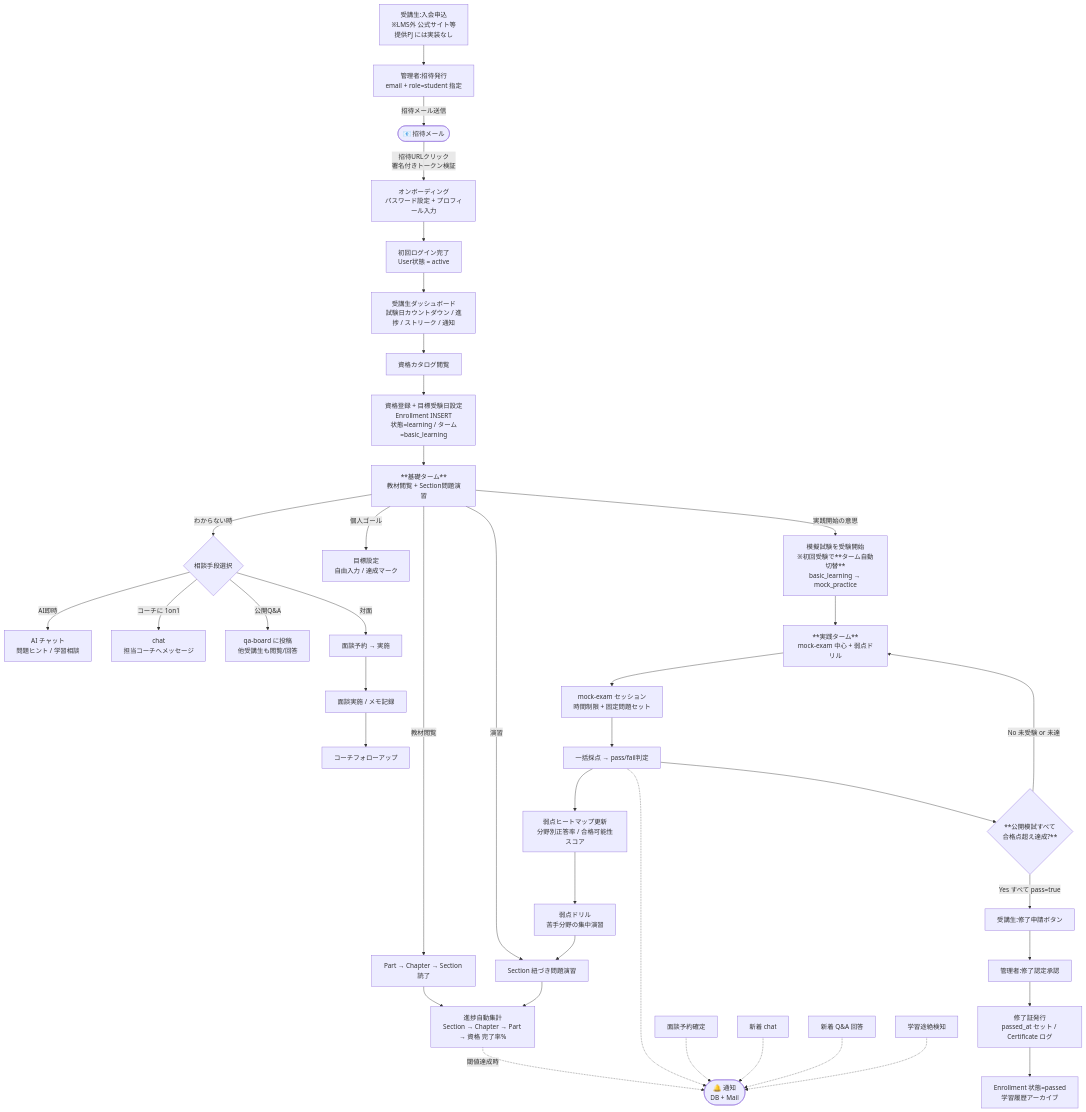
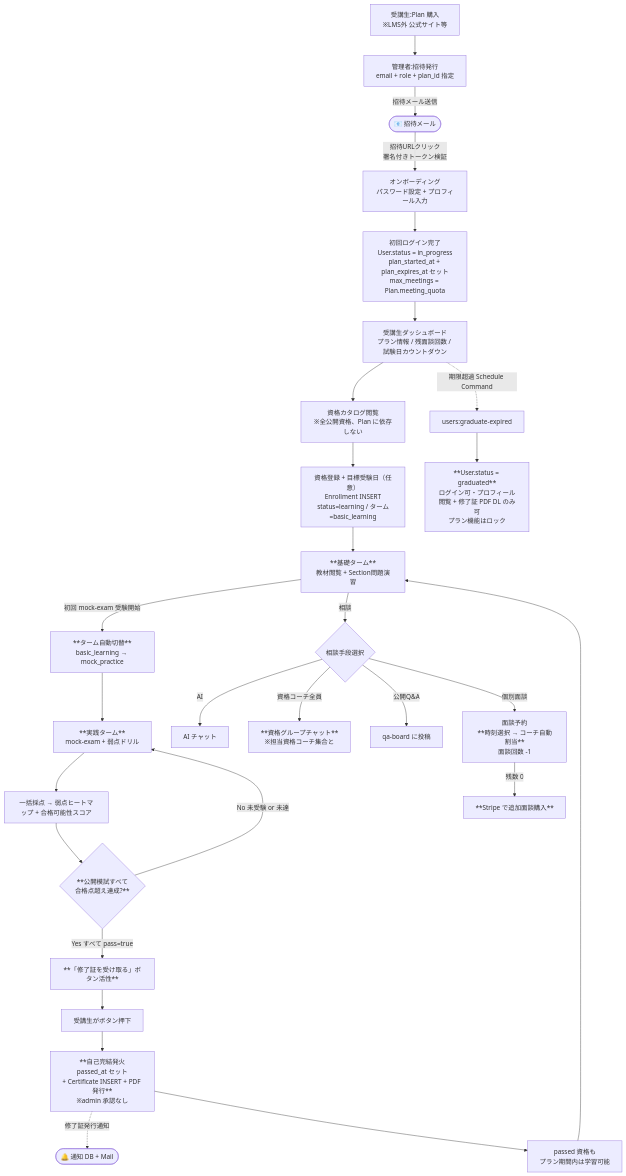
The first of 9 diagrams in docs/steering/product.md (coachtech-mockcase-second/ExampleAnswer-mockcase-CertifyLMS), drawn with Mermaid before and after one commit. The commit also changed other lines of this file and 67 other files, not shown here.

````diff
--- a/docs/steering/product.md
+++ b/docs/steering/product.md
@@ -106,50 +163,35 @@
 ```mermaid
 flowchart TD
-    Apply[受講生:入会申込<br/>※LMS外 公式サイト等<br/>提供PJ には実装なし] --> AdminInvite[管理者:招待発行<br/>email + role=student 指定]
+    Purchase[受講生:Plan 購入<br/>※LMS外 公式サイト等] --> AdminInvite[管理者:招待発行<br/>email + role + plan_id 指定]
     AdminInvite -->|招待メール送信| Mail([📧 招待メール])
     Mail -->|招待URLクリック<br/>署名付きトークン検証| Onboarding[オンボーディング<br/>パスワード設定 + プロフィール入力]
-    Onboarding --> FirstLogin[初回ログイン完了<br/>User状態 = active]
-    FirstLogin --> StudentDash[受講生ダッシュボード<br/>試験日カウントダウン / 進捗 / ストリーク / 通知]
+    Onboarding --> FirstLogin[初回ログイン完了<br/>User.status = in_progress<br/>plan_started_at + plan_expires_at セット<br/>max_meetings = Plan.meeting_quota]
+    FirstLogin --> StudentDash[受講生ダッシュボード<br/>プラン情報 / 残面談回数 / 試験日カウントダウン]
 
-    StudentDash --> Browse[資格カタログ閲覧]
-    Browse --> EnrollAct[資格登録 + 目標受験日設定<br/>Enrollment INSERT<br/>状態=learning / ターム=basic_learning]
+    StudentDash --> Browse[資格カタログ閲覧<br/>※全公開資格、Plan に依存しない]
+    Browse --> EnrollAct[資格登録 + 目標受験日（任意）<br/>Enrollment INSERT<br/>status=learning / ターム=basic_learning]
     EnrollAct --> BasicTerm[**基礎ターム**<br/>教材閲覧 + Section問題演習]
 
-    BasicTerm -->|教材閲覧| Read[Part → Chapter → Section 読了]
-    BasicTerm -->|演習| Quiz[Section 紐づき問題演習]
-    BasicTerm -->|わからない時| Ask{相談手段選択}
-    BasicTerm -->|個人ゴール| Goal[目標設定<br/>自由入力 / 達成マーク]
+    BasicTerm -->|初回 mock-exam 受験開始| MockEntry[**ターム自動切替**<br/>basic_learning → mock_practice]
+    MockEntry --> PracticeTerm[**実践ターム**<br/>mock-exam + 弱点ドリル]
+    PracticeTerm --> Graded[一括採点 → 弱点ヒートマップ + 合格可能性スコア]
 
-    Ask -->|AI即時| Gemini[AI チャット<br/>問題ヒント / 学習相談]
-    Ask -->|コーチに 1on1| ChatCoach[chat<br/>担当コーチへメッセージ]
-    Ask -->|公開Q&A| QaPost[qa-board に投稿<br/>他受講生も閲覧/回答]
-    Ask -->|対面| BookMtg[面談予約 → 実施]
-
-    BookMtg --> MtgSession[面談実施 / メモ記録]
-    MtgSession --> FollowUp[コーチフォローアップ]
-
-    Read --> Progress[進捗自動集計<br/>Section → Chapter → Part → 資格 完了率%]
-    Quiz --> Progress
-
-    BasicTerm -->|実践開始の意思| MockEntry[模擬試験を受験開始<br/>※初回受験で**ターム自動切替**<br/>basic_learning → mock_practice]
-    MockEntry --> PracticeTerm[**実践ターム**<br/>mock-exam 中心 + 弱点ドリル]
-    PracticeTerm --> MockSession[mock-exam セッション<br/>時間制限 + 固定問題セット]
-    MockSession --> Graded[一括採点 → pass/fail判定]
-    Graded --> WeakMap[弱点ヒートマップ更新<br/>分野別正答率 / 合格可能性スコア]
-    WeakMap --> TargetDrill[弱点ドリル<br/>苦手分野の集中演習]
-    TargetDrill --> Quiz
-
-    Progress -.->|閾値達成時| Notify([🔔 通知<br/>DB + Mail])
-    Graded -.-> Notify
-    BookConfirm[面談予約確定] -.-> Notify
-    ChatNew[新着 chat] -.-> Notify
-    QaReply[新着 Q&A 回答] -.-> Notify
-    Stagnation[学習途絶検知] -.-> Notify
+    BasicTerm -->|相談| Ask{相談手段選択}
+    Ask -->|AI| Gemini[AI チャット]
+    Ask -->|資格コーチ全員| GroupChat[**資格グループチャット**<br/>※担当資格コーチ集合と]
+    Ask -->|公開Q&A| QaPost[qa-board に投稿]
+    Ask -->|個別面談| BookMtg[面談予約<br/>**時刻選択 → コーチ自動割当**<br/>面談回数 -1]
+    BookMtg -->|残数 0| TopUp[**Stripe で追加面談購入**]
 
     Graded --> AllPassCheck{**公開模試すべて<br/>合格点超え達成?**}
     AllPassCheck -->|No 未受験 or 未達| PracticeTerm
-    AllPassCheck -->|Yes すべて pass=true| RequestComplete[受講生:修了申請ボタン]
-    RequestComplete --> AdminApproval[管理者:修了認定承認]
-    AdminApproval --> Cert[修了証発行<br/>passed_at セット / Certificate ログ]
-    Cert --> EnrollDone[Enrollment 状態=passed<br/>学習履歴アーカイブ]
+    AllPassCheck -->|Yes すべて pass=true| ReceiveBtn[**「修了証を受け取る」ボタン活性**]
+    ReceiveBtn --> SelfReceive[受講生がボタン押下]
+    SelfReceive --> CertIssued[**自己完結発火<br/>passed_at セット<br/>+ Certificate INSERT + PDF 発行**<br/>※admin 承認なし]
+    CertIssued -.->|修了証発行通知| NotifyCert([🔔 通知 DB + Mail])
+    CertIssued --> ContinueLearn[passed 資格も<br/>プラン期間内は学習可能]
+    ContinueLearn --> BasicTerm
+
+    StudentDash -.->|期限超過 Schedule Command| AutoGraduate[users:graduate-expired]
+    AutoGraduate --> Graduated[**User.status = graduated**<br/>ログイン可・プロフィール閲覧 + 修了証 PDF DL のみ可<br/>プラン機能はロック]
 ```
````
